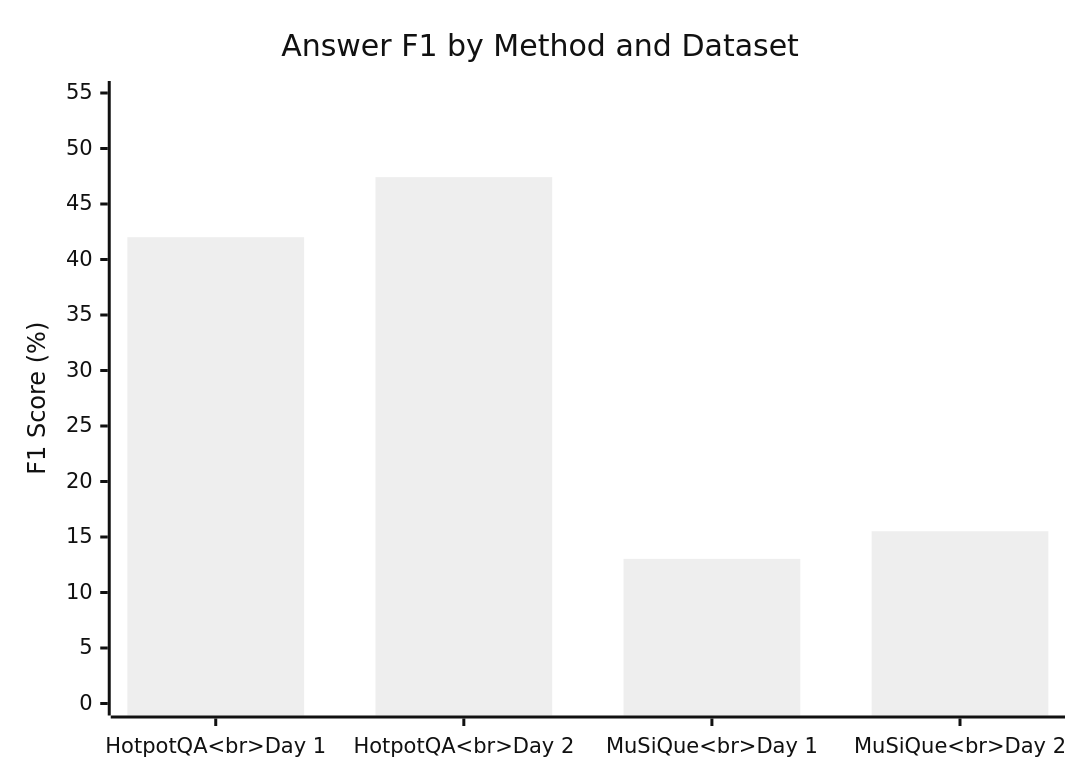
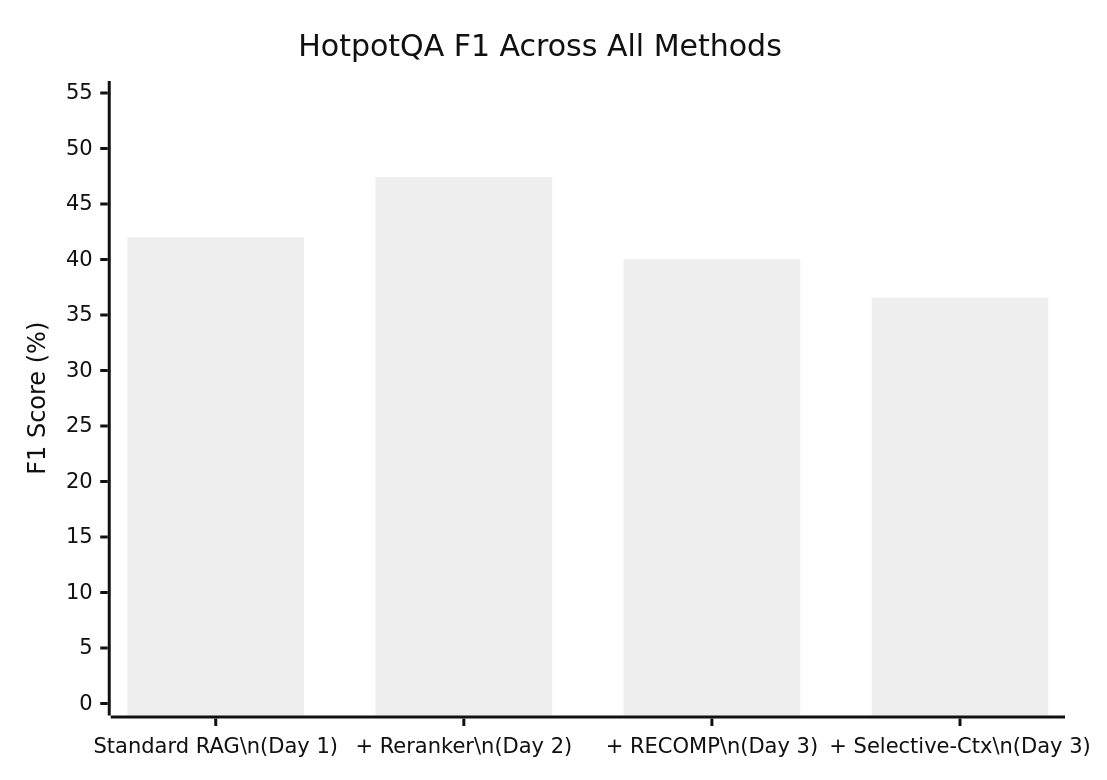
One commit to pradyutnair/msc-thesis changed the second of 14 diagrams in plans/feb5-key-findings.md. Above: the diagram before and after it, drawn with Mermaid (neutral theme). The commit also changed other lines of this file and 26 other files, not shown here.

````diff
--- a/plans/feb5-key-findings.md
+++ b/plans/feb5-key-findings.md
@@ -25,7 +41,7 @@
 ```mermaid
 xychart-beta
-    title "Answer F1 by Method and Dataset"
-    x-axis ["HotpotQA<br/>Day 1", "HotpotQA<br/>Day 2", "MuSiQue<br/>Day 1", "MuSiQue<br/>Day 2"]
+    title "HotpotQA F1 Across All Methods"
+    x-axis ["Standard RAG\n(Day 1)", "+ Reranker\n(Day 2)", "+ RECOMP\n(Day 3)", "+ Selective-Ctx\n(Day 3)"]
     y-axis "F1 Score (%)" 0 --> 55
-    bar [42.01, 47.42, 13.03, 15.52]
+    bar [42.01, 47.42, 40.02, 36.56]
 ```
````
